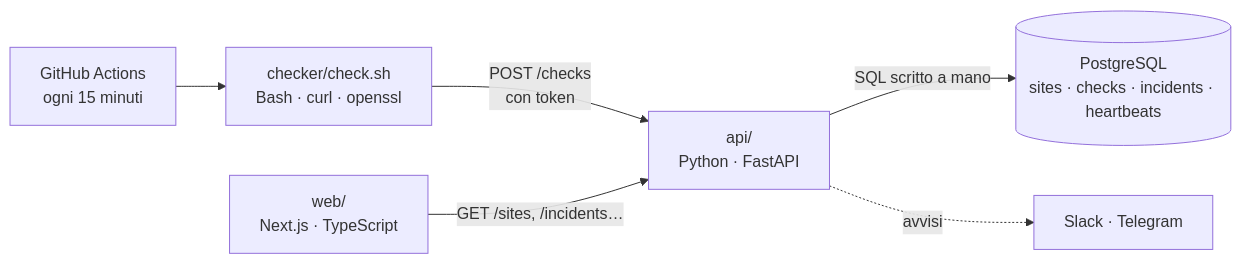
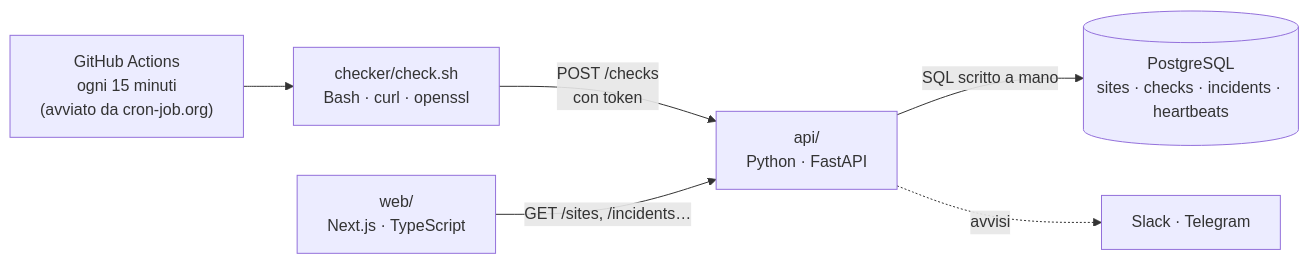
One commit to sofianekhatib30-ui/polso changed the diagram in README.md. Above: the diagram before and after it, drawn with Mermaid. The commit also changed other lines of this file and 2 other files, not shown here.

Commit message:
I controlli li fa partire cron-job.org, non l'orario di GitHub
L'orario di GitHub sui repository gratuiti è partito 2 volte su più di 20 nel
primo giorno. cron-job.org chiama workflow_dispatch ogni 15 minuti (prima
esecuzione alle 00:30, riuscita). Tolto lo schedule dei controlli per non avere
doppioni; resta quello giornaliero dei domini come riserva. DEPLOY e README
aggiornati.

Claude-Session: https://claude.ai/code/session_01PuWZnikdzjSjPw3Zd81MXo

````diff
--- a/README.md
+++ b/README.md
@@ -12,8 +12,8 @@
 ```mermaid
 flowchart LR
-    GA["GitHub Actions<br/>ogni 15 minuti"] --> C["checker/check.sh<br/>Bash · curl · openssl"]
+    GA["GitHub Actions<br/>ogni 15 minuti<br/>(avviato da cron-job.org)"] --> C["checker/check.sh<br/>Bash · curl · openssl"]
     C -- "POST /checks<br/>con token" --> A["api/<br/>Python · FastAPI"]
     A -- "SQL scritto a mano" --> D[("PostgreSQL<br/>sites · checks · incidents · heartbeats")]
     W["web/<br/>Next.js · TypeScript"] -- "GET /sites, /incidents…" --> A
     A -. "avvisi" .-> T["Slack · Telegram"]
 ```
````
